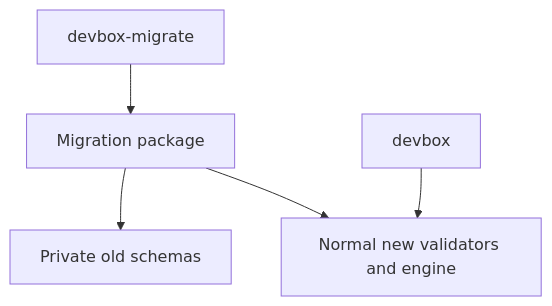
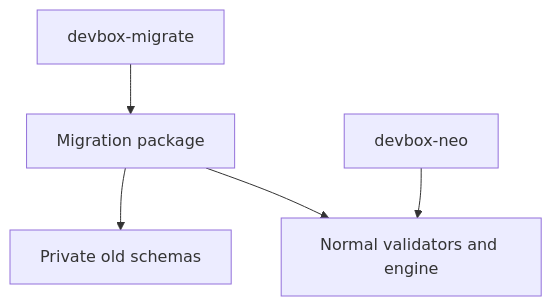
One commit to pip12345/devbox-neo changed the first of 2 diagrams in docs/dev/migration-plan.md. Above: the diagram before and after it, drawn with Mermaid. The commit also changed other lines of this file and 23 other files, not shown here.

First line of the commit message:
Add standalone reviewed migration from old Devbox to Neo

````diff
--- a/docs/dev/migration-plan.md
+++ b/docs/dev/migration-plan.md
@@ -78,7 +123,7 @@
 ```mermaid
 flowchart TD
     CMD[devbox-migrate] --> MIG[Migration package]
     MIG --> OLD[Private old schemas]
-    MIG --> NEW[Normal new validators and engine]
-    CLI[devbox] --> NEW
+    MIG --> NEW[Normal validators and engine]
+    CLI[devbox-neo] --> NEW
 ```
````
